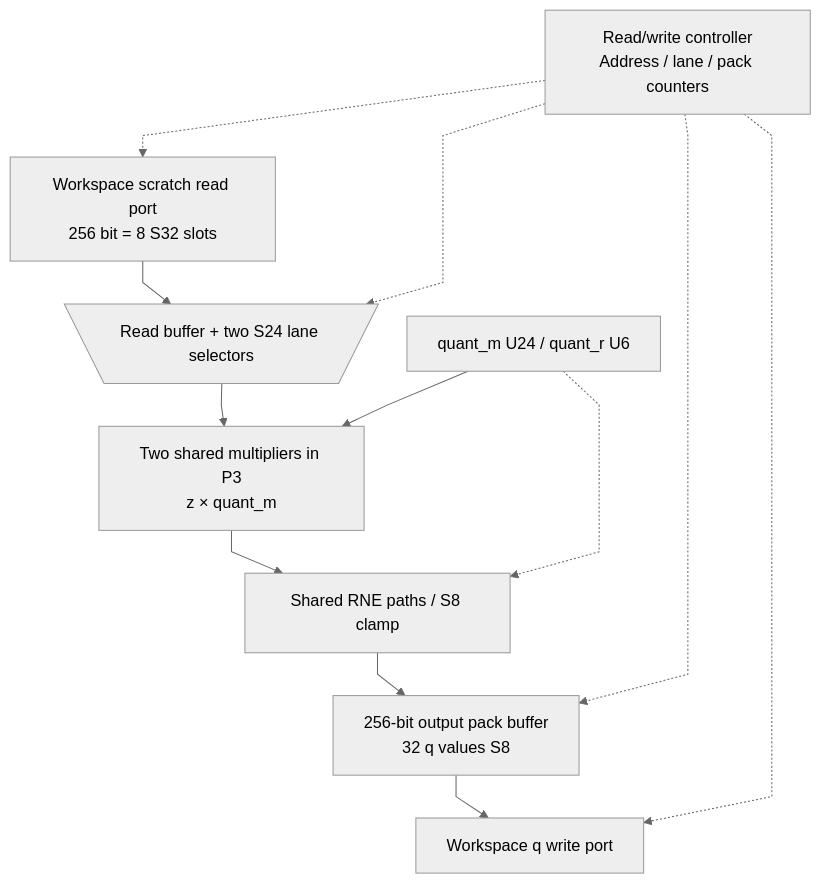
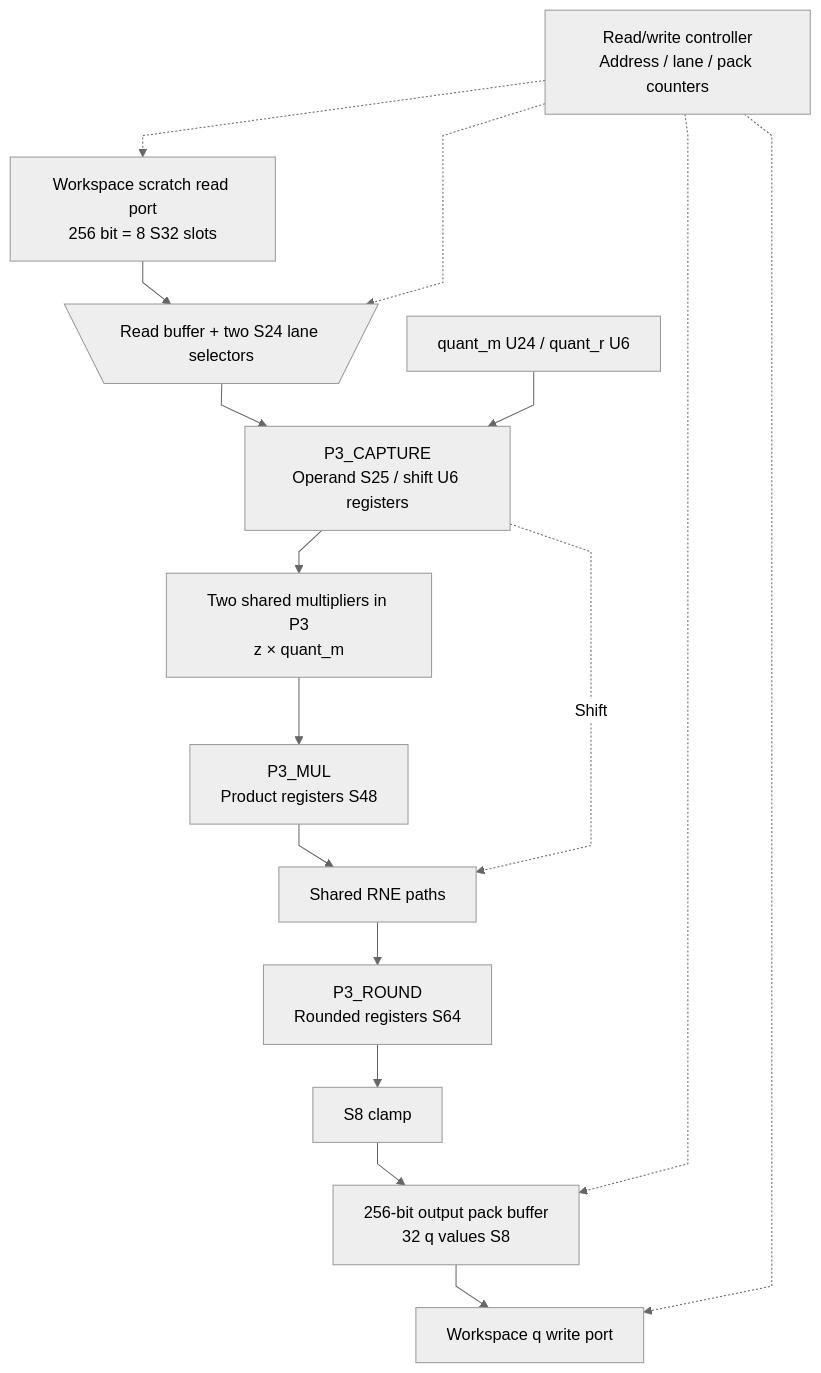
The fifth of 5 diagrams in docs/source_guide/blocks/norm.sv.md (nguyennhutkhanhtom/NPU), drawn with Mermaid (neutral theme) before and after one commit. The commit also changed other lines of this file and 608 other files, not shown here.

Commit message:
Implement autonomous RTL language graph with verified units and timing evidence

````diff
--- a/docs/source_guide/blocks/norm.sv.md
+++ b/docs/source_guide/blocks/norm.sv.md
@@ -952,15 +1011,19 @@
 ```mermaid
 flowchart TB
 %%{init: {"flowchart": {"subGraphTitleMargin": {"top": 8, "bottom": 20}, "nodeSpacing": 28, "rankSpacing": 42, "curve": "linear"}}}%%
     WS["Workspace scratch read port<br/>256 bit = 8 S32 slots"] --> BUF@{ shape: trap-t, label: "Read buffer + two S24 lane selectors" }
-    BUF --> MUL["Two shared multipliers in P3<br/>z × quant_m"]
-    COEF["quant_m U24 / quant_r U6"] --> MUL
-    MUL --> ROUND["Shared RNE paths / S8 clamp"]
-    COEF -.-> ROUND
+    BUF --> OREG["P3_CAPTURE<br/>Operand S25 / shift U6 registers"]
+    COEF["quant_m U24 / quant_r U6"] --> OREG
+    OREG --> MUL["Two shared multipliers in P3<br/>z × quant_m"]
+    MUL --> PREG["P3_MUL<br/>Product registers S48"]
+    PREG --> RNE["Shared RNE paths"]
+    OREG -.->|"Shift"| RNE
+    RNE --> RREG["P3_ROUND<br/>Rounded registers S64"]
+    RREG --> ROUND["S8 clamp"]
     ROUND --> PACK["256-bit output pack buffer<br/>32 q values S8"]
     PACK --> OUT["Workspace q write port"]
     CTRL["Read/write controller<br/>Address / lane / pack counters"] -.-> WS
     CTRL -.-> BUF
     CTRL -.-> PACK
     CTRL -.-> OUT
 ```
````
